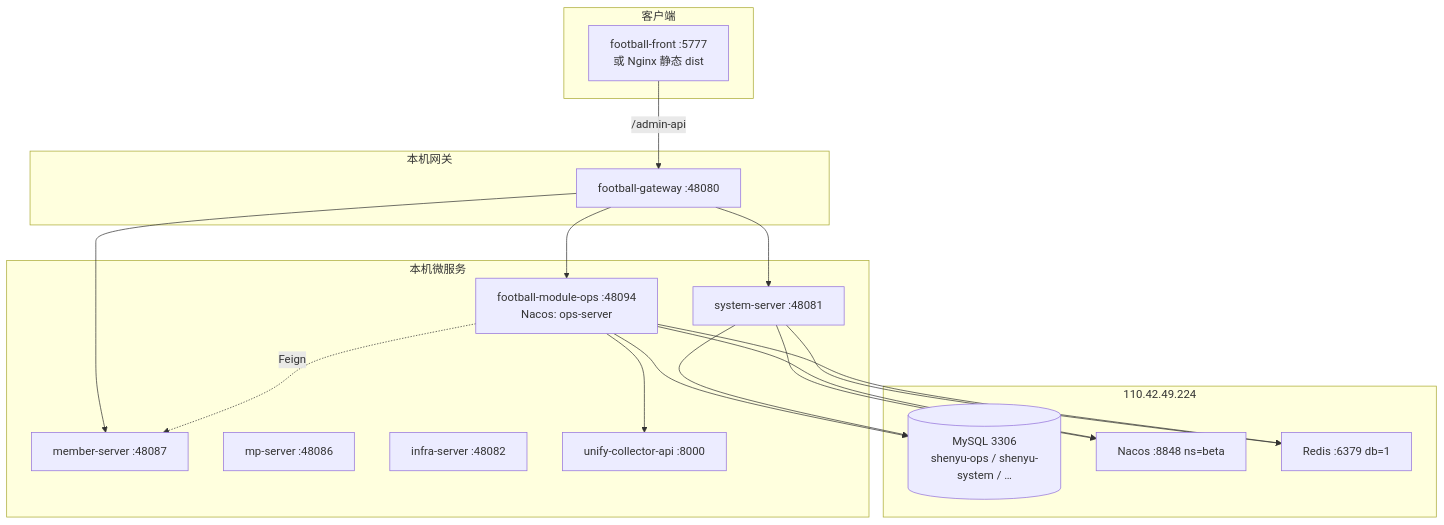
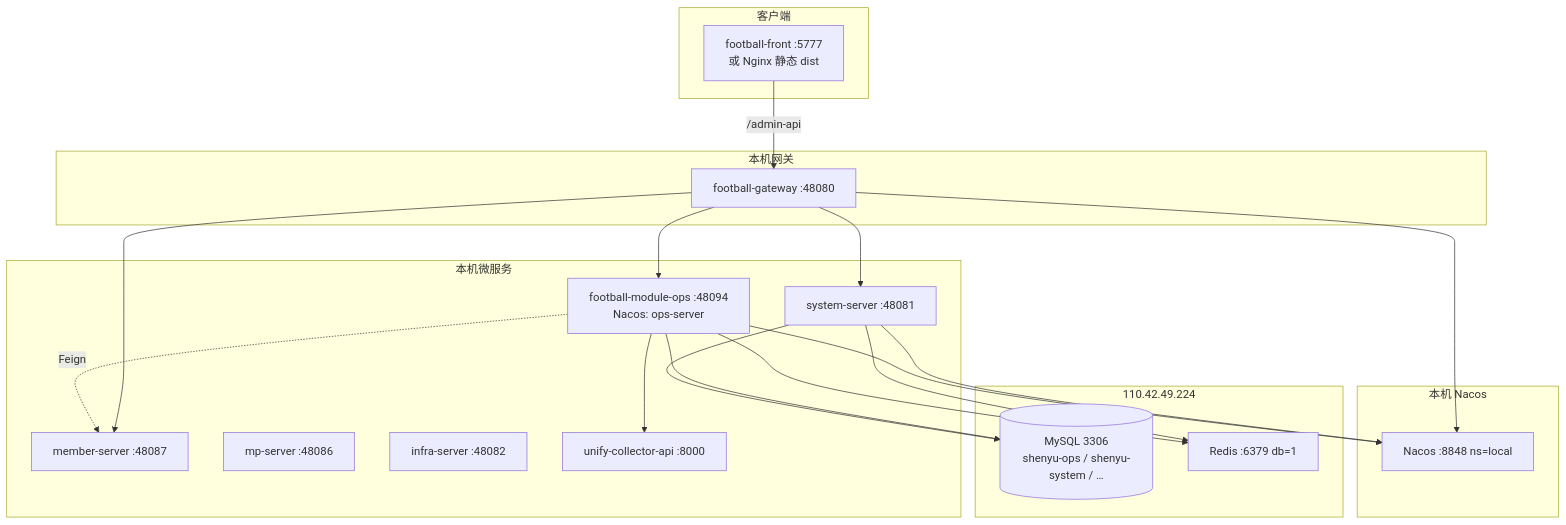
Before and after one commit to donnyskyWu/wd-ops: the diagram in docs/delivery/OPS-TEST-SERVER-DEPLOY-GUIDE.md, drawn with Mermaid. The commit also changed other lines of this file and 8 other files, not shown here.

First line of the commit message:
refactor(integration): local/beta differ only in DB/Redis

````diff
--- a/docs/delivery/OPS-TEST-SERVER-DEPLOY-GUIDE.md
+++ b/docs/delivery/OPS-TEST-SERVER-DEPLOY-GUIDE.md
@@ -44,34 +45,37 @@
 ```mermaid
 flowchart TB
   subgraph client [客户端]
     FF[football-front :5777<br/>或 Nginx 静态 dist]
   end
   subgraph edge [本机网关]
     GW[football-gateway :48080]
   end
   subgraph local [本机微服务]
     SYS[system-server :48081]
     MEM[member-server :48087]
     MP[mp-server :48086]
     INF[infra-server :48082]
     OPS[football-module-ops :48094<br/>Nacos: ops-server]
     COL[unify-collector-api :8000]
   end
   subgraph remote [110.42.49.224]
     MY[(MySQL 3306<br/>shenyu-ops / shenyu-system / …)]
-    NC[Nacos :8848 ns=beta]
     RD[Redis :6379 db=1]
+  end
+  subgraph nacos [本机 Nacos]
+    NC[Nacos :8848 ns=local]
   end
   FF -->|/admin-api| GW
   GW --> SYS
   GW --> OPS
   GW --> MEM
   OPS --> COL
   OPS --> MY
   SYS --> MY
   SYS --> NC
   OPS --> NC
+  GW --> NC
   SYS --> RD
   OPS --> RD
   OPS -.->|Feign| MEM
 ```
````
